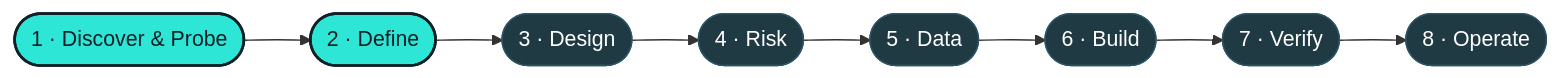
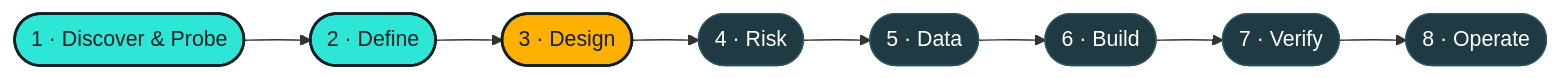
One commit to shubhamrangdal2001-hash/MechSage changed the diagram in README.md. Above: the diagram before and after it, drawn with Mermaid. The commit also changed other lines of this file, not shown here.

````diff
--- a/README.md
+++ b/README.md
@@ -123,13 +123,14 @@
 ```mermaid
 flowchart LR
     A([1 · Discover & Probe]):::done --> B([2 · Define]):::done
-    B --> C([3 · Design]):::todo
+    B --> C([3 · Design]):::active
     C --> D([4 · Risk]):::todo
     D --> E([5 · Data]):::todo
     E --> F([6 · Build]):::todo
     F --> G([7 · Verify]):::todo
     G --> H([8 · Operate]):::todo
 
     classDef done fill:#2EE6D6,stroke:#0F2027,color:#0F2027,stroke-width:2px;
+    classDef active fill:#FFB000,stroke:#0F2027,color:#0F2027,stroke-width:2px;
     classDef todo fill:#203A43,stroke:#2C5364,color:#ffffff,stroke-width:1px;
 ```
````
